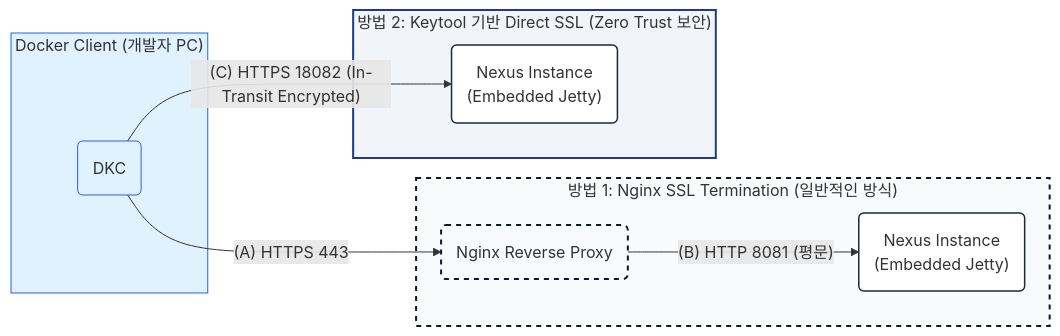
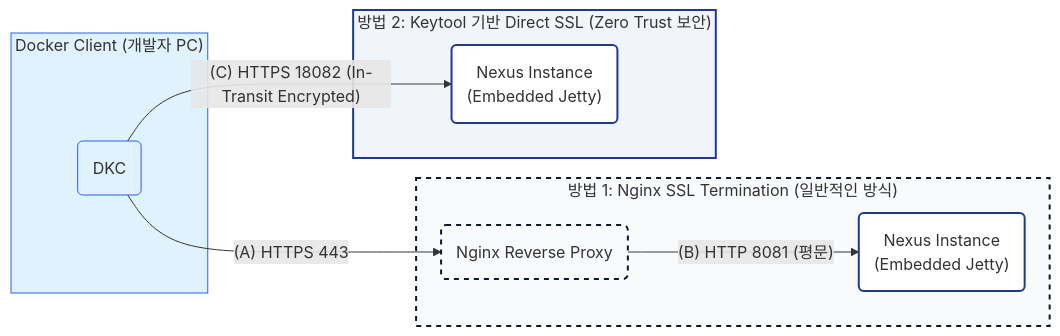
The second of 2 diagrams in lecture3/Readme.md (oscka/nexus-oss-lecture), drawn with Mermaid before and after one commit. The commit also changed other lines of this file, not shown here.

````diff
--- a/lecture3/Readme.md
+++ b/lecture3/Readme.md
@@ -88,30 +88,30 @@
 ```mermaid
 graph LR
     subgraph Client ["Docker Client (개발자 PC)"]
         DKC("DKC")
     end
 
     subgraph SSL_Nginx ["방법 1: Nginx SSL Termination (일반적인 방식)"]
         NGX("Nginx Reverse Proxy")
         NEX_N("Nexus Instance<br/>(Embedded Jetty)")
     end
 
     subgraph SSL_Keytool ["방법 2: Keytool 기반 Direct SSL (Zero Trust 보안)"]
         NEX_K("Nexus Instance<br/>(Embedded Jetty)")
     end
 
     DKC -- "(A) HTTPS 443" --> NGX
     NGX -- "(B) HTTP 8081 (평문)" --> NEX_N
 
     DKC -- "(C) HTTPS 18082 (In-Transit Encrypted)" --> NEX_K
 
     classDef client fill:#e0f2fe,stroke:#2563eb,stroke-width:1px;
     classDef nginx fill:#f8fafc,stroke:#0f172a,stroke-width:2px,stroke-dasharray: 5 5;
     classDef keytool fill:#f1f5f9,stroke:#1e3a8a,stroke-width:2px;
-    classDef comp fill:#fff,stroke:#1e293b,stroke-width:1.5px;
+    classDef comp fill:#fff,stroke:#1e3a8a,stroke-width:2px;
 
     class Client,DKC client;
     class SSL_Nginx,NGX nginx;
     class NEX_N,NEX_K comp;
     class SSL_Keytool keytool;
 ```
````
